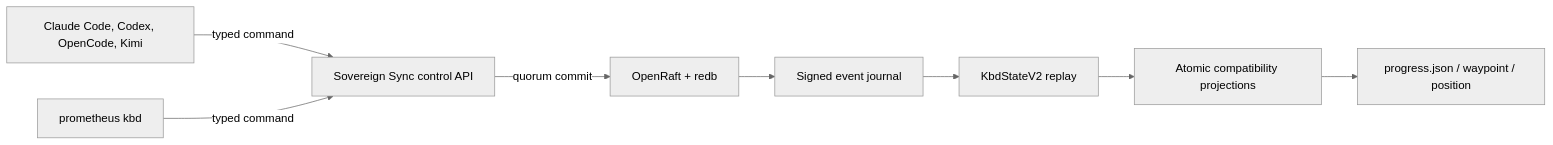
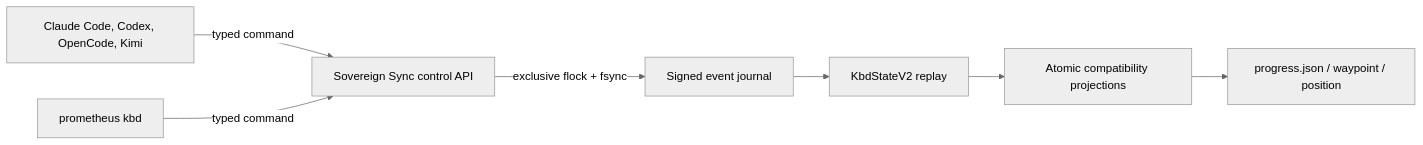
One commit to Prometheus-AGS/prometheus-skill-system changed the diagram in site/docs/kbd/control-plane.md. Above: the diagram before and after it, drawn with Mermaid (neutral theme). The commit also changed other lines of this file and 24 other files, not shown here.

````diff
--- a/site/docs/kbd/control-plane.md
+++ b/site/docs/kbd/control-plane.md
@@ -16,10 +16,9 @@
 ```mermaid
 flowchart LR
     H["Claude Code, Codex, OpenCode, Kimi"] -->|"typed command"| C["Sovereign Sync control API"]
     CLI["prometheus kbd"] -->|"typed command"| C
-    C -->|"quorum commit"| R["OpenRaft + redb"]
-    R --> E["Signed event journal"]
+    C -->|"exclusive flock + fsync"| E["Signed event journal"]
     E --> S["KbdStateV2 replay"]
     S --> P["Atomic compatibility projections"]
     P --> F["progress.json / waypoint / position"]
 ```
````
